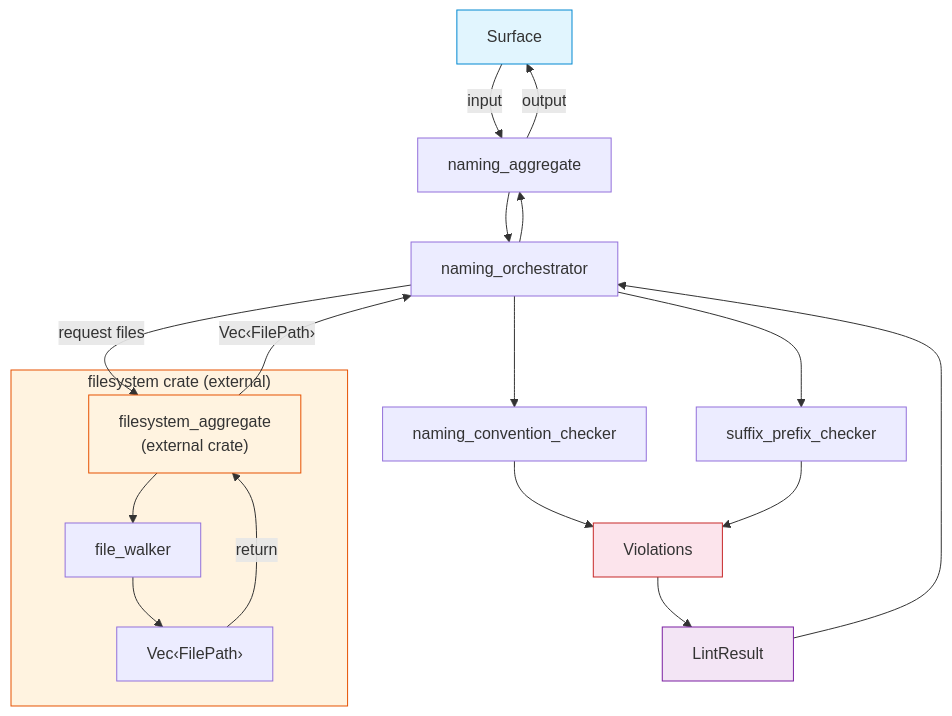
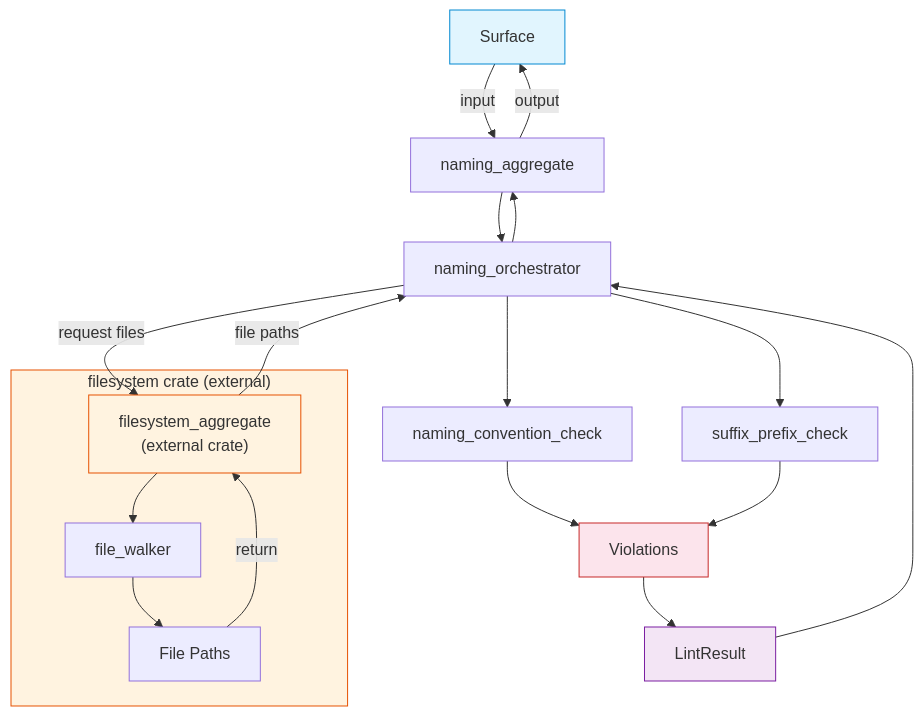
The diagram in crates/naming-rules/FRD.md (rakaarwaky/lint-arwaky), drawn with Mermaid before and after one commit. The commit also changed other lines of this file and 17 other files, not shown here.

Commit message:
docs: standardize FRD documentation terminology, structure, and Mermaid diagrams across all crates.

````diff
--- a/crates/naming-rules/FRD.md
+++ b/crates/naming-rules/FRD.md
@@ -13,31 +13,31 @@
 ```mermaid
 flowchart TD
     A["Surface"] -->|input| B["naming_aggregate"]
     B --> C["naming_orchestrator"]
 
     C -->|"request files"| D["filesystem_aggregate\n(external crate)"]
 
     subgraph FS ["filesystem crate (external)"]
         D --> E["file_walker"]
-        E --> G["Vec‹FilePath›"]
+        E --> G["File Paths"]
     end
 
     G -->|"return"| D
-    D -->|"Vec‹FilePath›"| C
+    D -->|"file paths"| C
 
-    C --> H1["naming_convention_checker"]
-    C --> H2["suffix_prefix_checker"]
+    C --> H1["naming_convention_check"]
+    C --> H2["suffix_prefix_check"]
 
     H1 --> I["Violations"]
     H2 --> I
     I --> J["LintResult"]
     J --> C
     C --> B
     B -->|output| A
 
     style A fill:#e1f5fe,stroke:#0288d1
     style FS fill:#fff3e0,stroke:#e65100
     style D fill:#fff3e0,stroke:#e65100
     style I fill:#fce4ec,stroke:#c62828
     style J fill:#f3e5f5,stroke:#7b1fa2
 ```
````
